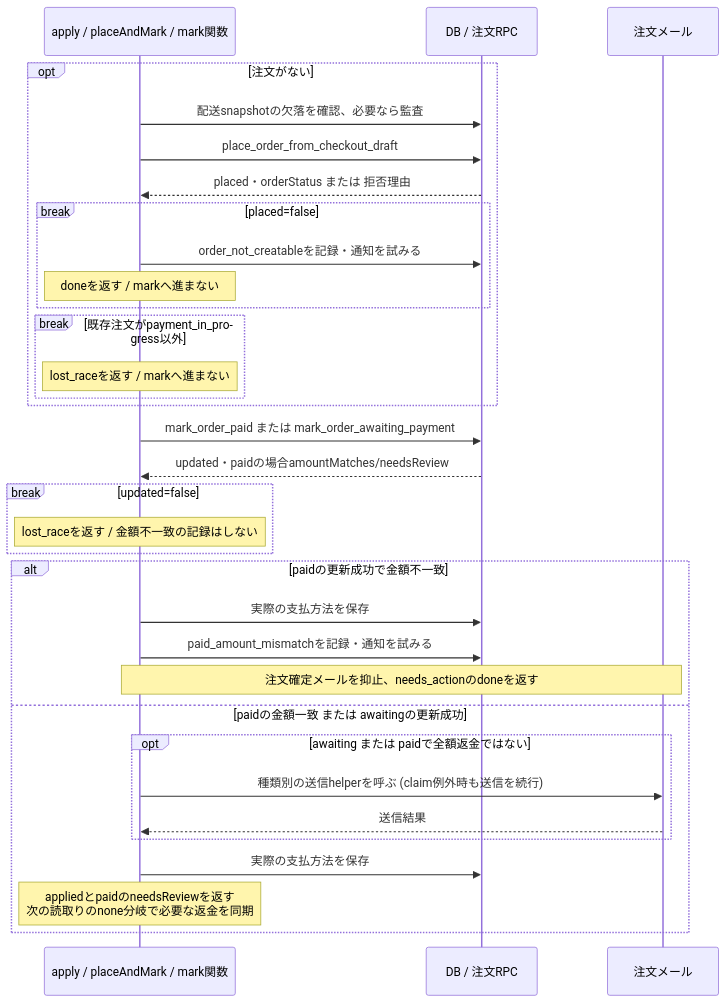
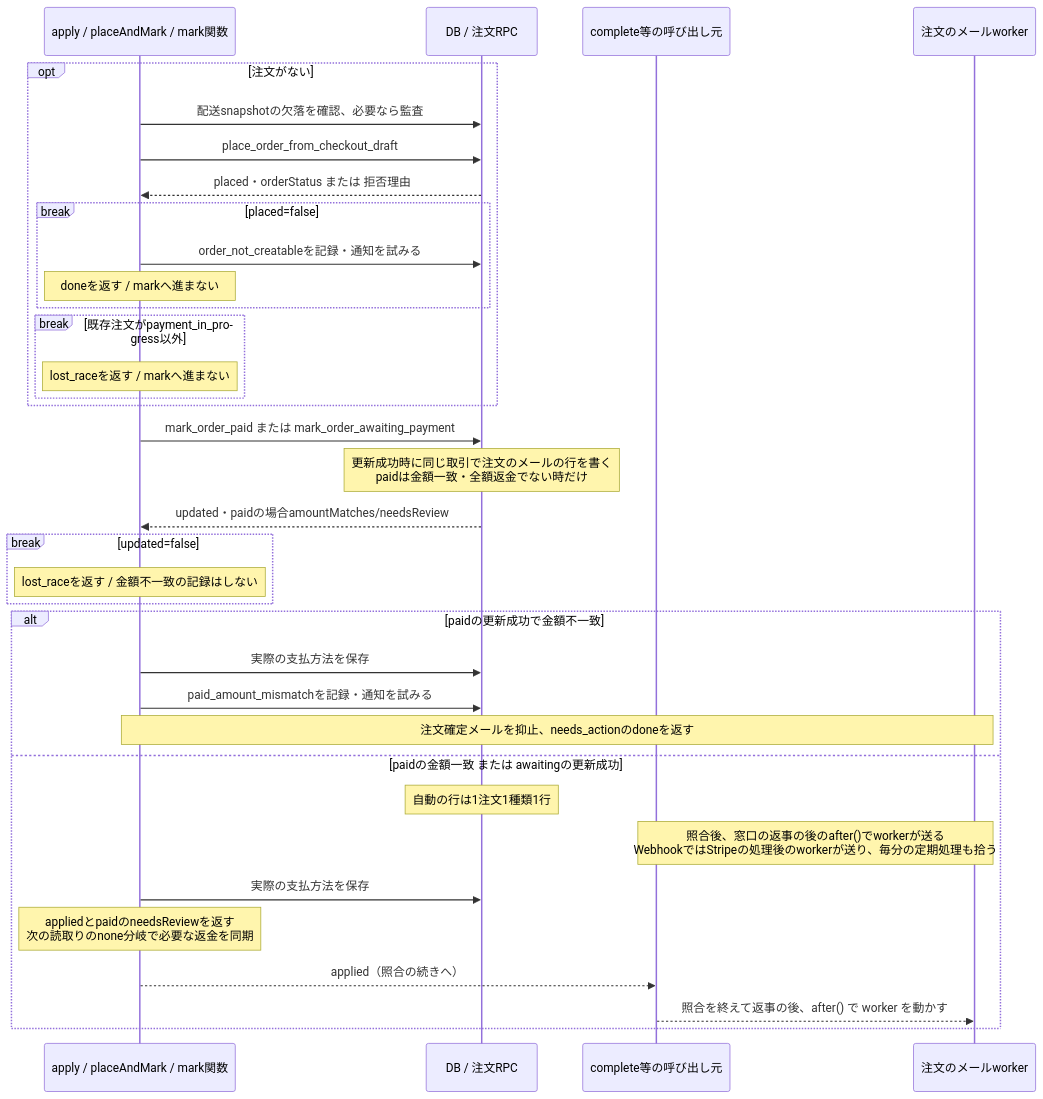
Before and after one commit to ChocoWork/o_official: the fifth of 5 diagrams in docs/04_DetailDesign/sequence/checkout-payment.md, drawn with Mermaid. The commit also changed other lines of this file and 15 other files, not shown here.

````diff
--- a/docs/04_DetailDesign/sequence/checkout-payment.md
+++ b/docs/04_DetailDesign/sequence/checkout-payment.md
@@ -284,35 +285,37 @@
 ```mermaid
 sequenceDiagram
     participant C as apply / placeAndMark / mark関数
     participant DB as DB / 注文RPC
-    participant Mail as 注文メール
+    participant Caller as complete等の呼び出し元
+    participant Mail as 注文のメールworker
     opt 注文がない
         C->>DB: 配送snapshotの欠落を確認、必要なら監査
         C->>DB: place_order_from_checkout_draft
         DB-->>C: placed・orderStatus または 拒否理由
         break placed=false
             C->>DB: order_not_creatableを記録・通知を試みる
             Note over C: doneを返す / markへ進まない
         end
         break 既存注文がpayment_in_progress以外
             Note over C: lost_raceを返す / markへ進まない
         end
     end
     C->>DB: mark_order_paid または mark_order_awaiting_payment
+    Note over DB: 更新成功時に同じ取引で注文のメールの行を書く<br/>paidは金額一致・全額返金でない時だけ
     DB-->>C: updated・paidの場合amountMatches/needsReview
     break updated=false
         Note over C: lost_raceを返す / 金額不一致の記録はしない
     end
     alt paidの更新成功で金額不一致
         C->>DB: 実際の支払方法を保存
         C->>DB: paid_amount_mismatchを記録・通知を試みる
         Note over C,Mail: 注文確定メールを抑止、needs_actionのdoneを返す
     else paidの金額一致 または awaitingの更新成功
-        opt awaiting または paidで全額返金ではない
-            C->>Mail: 種類別の送信helperを呼ぶ (claim例外時も送信を続行)
-            Mail-->>C: 送信結果
-        end
+        Note over DB: 自動の行は1注文1種類1行
+        Note over Caller,Mail: 照合後、窓口の返事の後のafter()でworkerが送る<br/>WebhookではStripeの処理後のworkerが送り、毎分の定期処理も拾う
         C->>DB: 実際の支払方法を保存
         Note over C: appliedとpaidのneedsReviewを返す<br/>次の読取りのnone分岐で必要な返金を同期
+        C-->>Caller: applied（照合の続きへ）
+        Caller-->>Mail: 照合を終えて返事の後、after() で worker を動かす
     end
 ```
````
